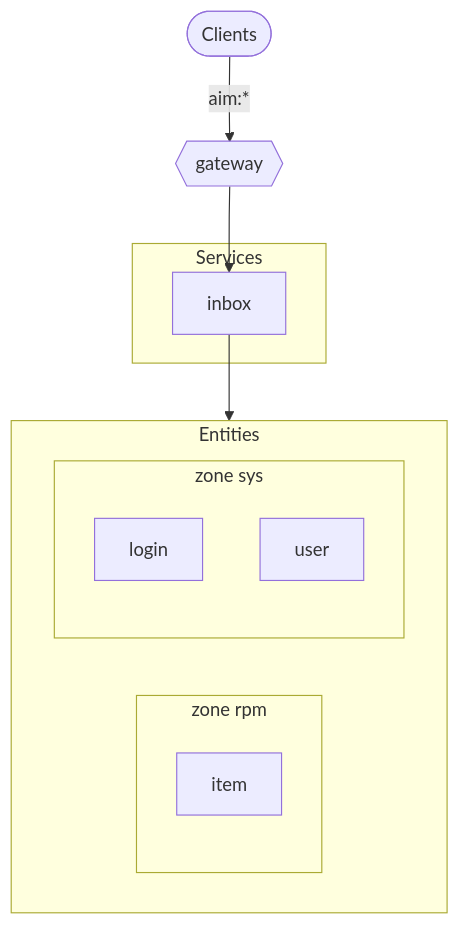
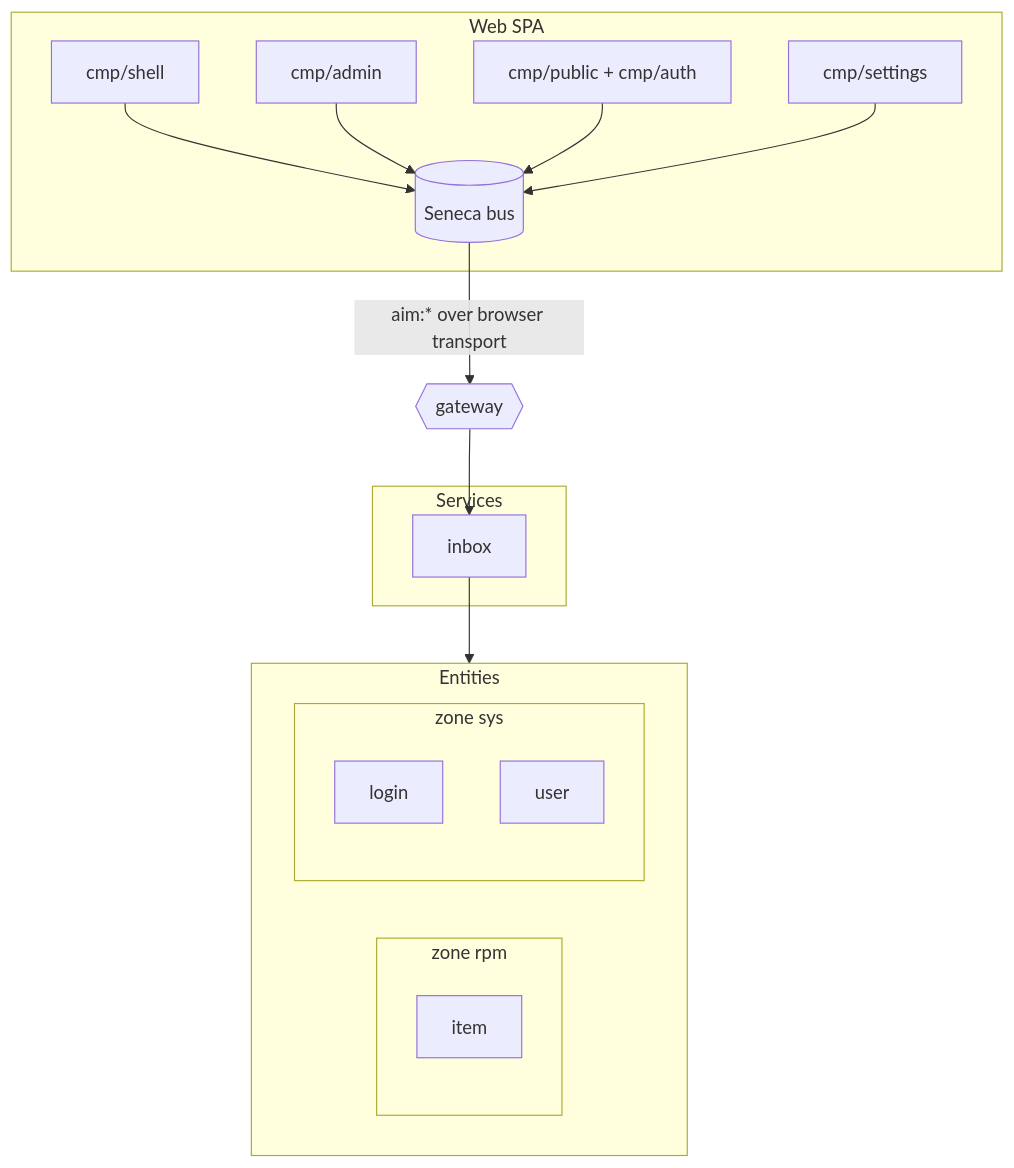
The first of 2 diagrams in docs/reference/system-map.md (voxgig/repo-manager), drawn with Mermaid before and after one commit. The commit also changed other lines of this file and 533 other files, not shown here.

````diff
--- a/docs/reference/system-map.md
+++ b/docs/reference/system-map.md
@@ -10,18 +10,29 @@
 ```mermaid
 flowchart TB
-  client([Clients]) -->|aim:*| gateway{{gateway}}
+  subgraph spa[Web SPA]
+    shell[cmp/shell]
+    admin[cmp/admin]
+    publiccmp[cmp/public + cmp/auth]
+    settings[cmp/settings]
+    bus[(Seneca bus)]
+    shell --> bus
+    admin --> bus
+    publiccmp --> bus
+    settings --> bus
+  end
+  bus -->|aim:* over browser transport| gateway{{gateway}}
   subgraph services[Services]
     srv_inbox[inbox]
   end
   gateway --> srv_inbox
   subgraph data[Entities]
     subgraph zone_rpm[zone rpm]
       rpm_item[item]
     end
     subgraph zone_sys[zone sys]
       sys_login[login]
       sys_user[user]
     end
   end
   srv_inbox --> data
 ```
````
